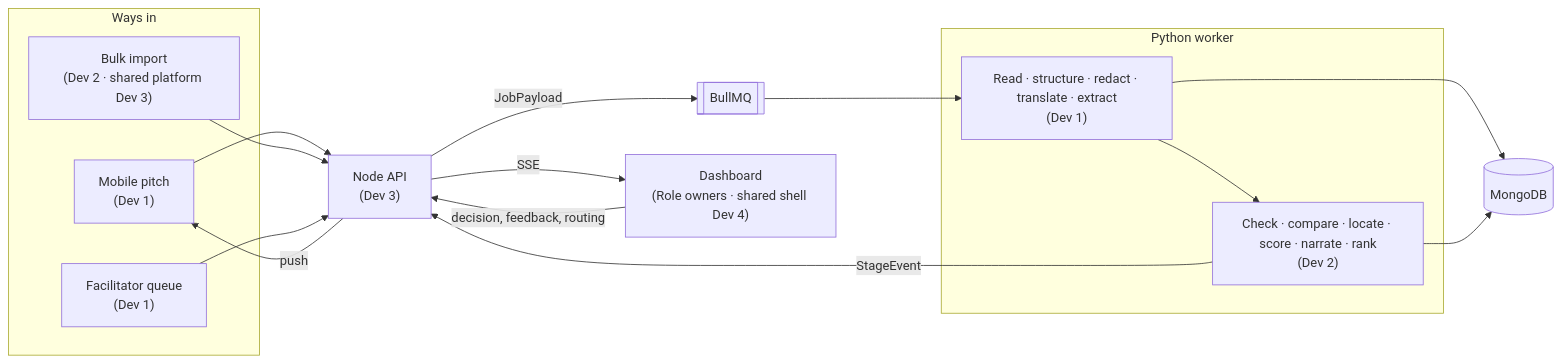
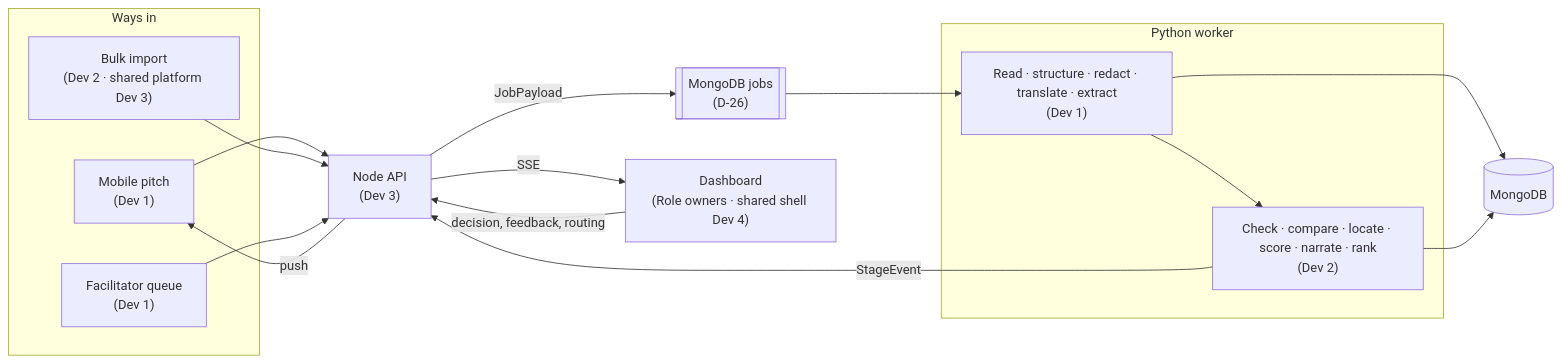
The first of 6 diagrams in docs/flow.md (VyomVyas4765/PitchPrism), drawn with Mermaid before and after one commit. The commit also changed other lines of this file and 64 other files, not shown here.

````diff
--- a/docs/flow.md
+++ b/docs/flow.md
@@ -17,26 +17,26 @@
 ```mermaid
 flowchart LR
     subgraph IN["Ways in"]
         M["Mobile pitch<br/>(Dev 1)"]
         B["Bulk import<br/>(Dev 2 · shared platform Dev 3)"]
         F["Facilitator queue<br/>(Dev 1)"]
     end
     API["Node API<br/>(Dev 3)"]
-    Q[["BullMQ"]]
+    Q[["MongoDB jobs<br/>(D-26)"]]
     subgraph W["Python worker"]
         R["Read · structure · redact · translate · extract<br/>(Dev 1)"]
         I["Check · compare · locate · score · narrate · rank<br/>(Dev 2)"]
     end
     DB[("MongoDB")]
     WEB["Dashboard<br/>(Role owners · shared shell Dev 4)"]
     M --> API
     B --> API
     F --> API
     API -->|"JobPayload"| Q --> R --> I
     R --> DB
     I --> DB
     I -->|"StageEvent"| API
     API -->|"SSE"| WEB
     API -->|"push"| M
     WEB -->|"decision, feedback, routing"| API
 ```
````
